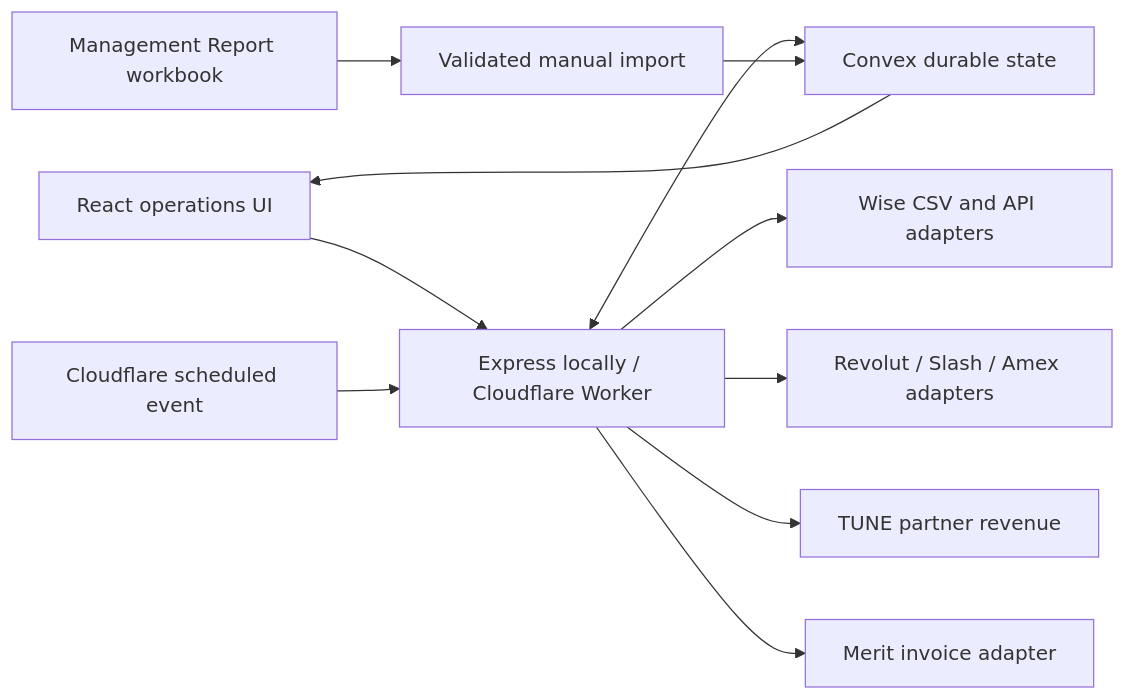
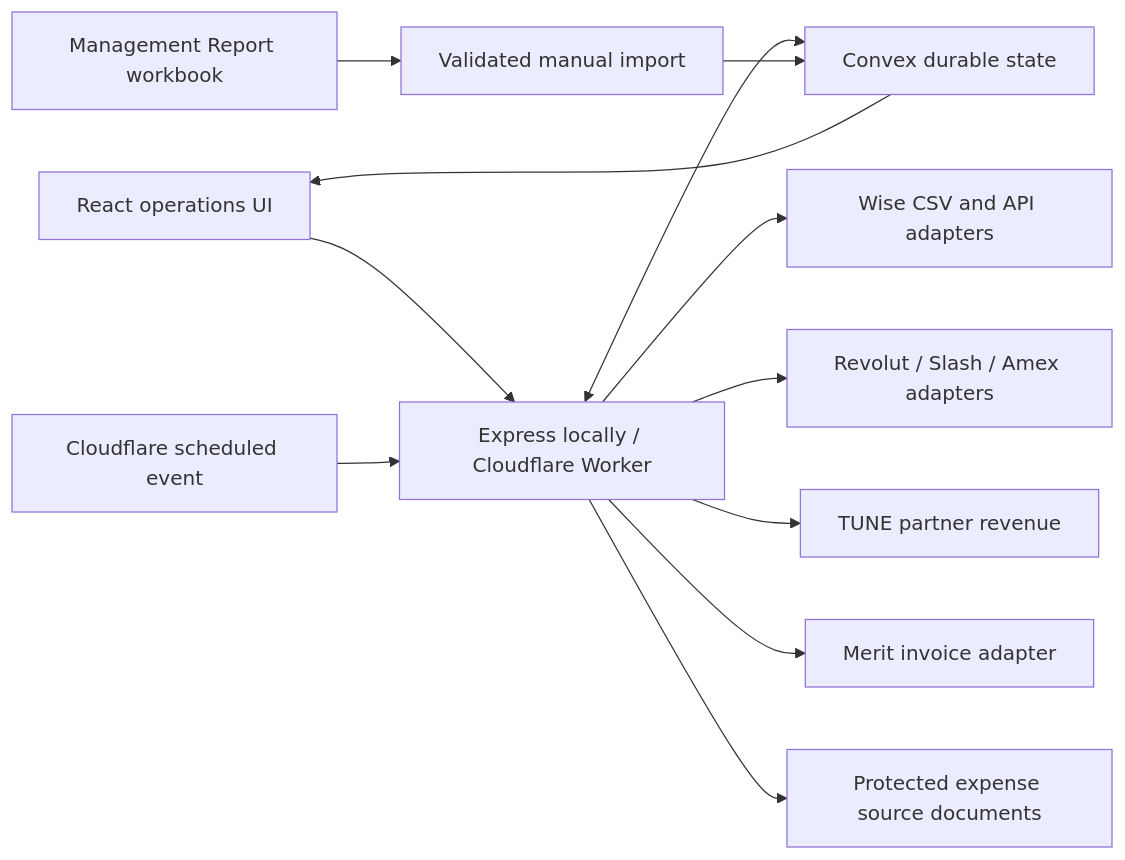
The diagram in README.md (AliKhairreddin/finance-dash), drawn with Mermaid before and after one commit. The commit also changed other lines of this file and 21 other files, not shown here.

````diff
--- a/README.md
+++ b/README.md
@@ -42,13 +45,14 @@
 ```mermaid
 flowchart LR
     U["React operations UI"] --> API["Express locally / Cloudflare Worker"]
     API <--> C["Convex durable state"]
     API --> W["Wise CSV and API adapters"]
     API --> R["Revolut / Slash / Amex adapters"]
     API --> T["TUNE partner revenue"]
     API --> M["Merit invoice adapter"]
+    API --> D["Protected expense source documents"]
     CRON["Cloudflare scheduled event"] --> API
     SHEET["Management Report workbook"] --> IMPORT["Validated manual import"]
     IMPORT --> C
     C --> U
 ```
````
